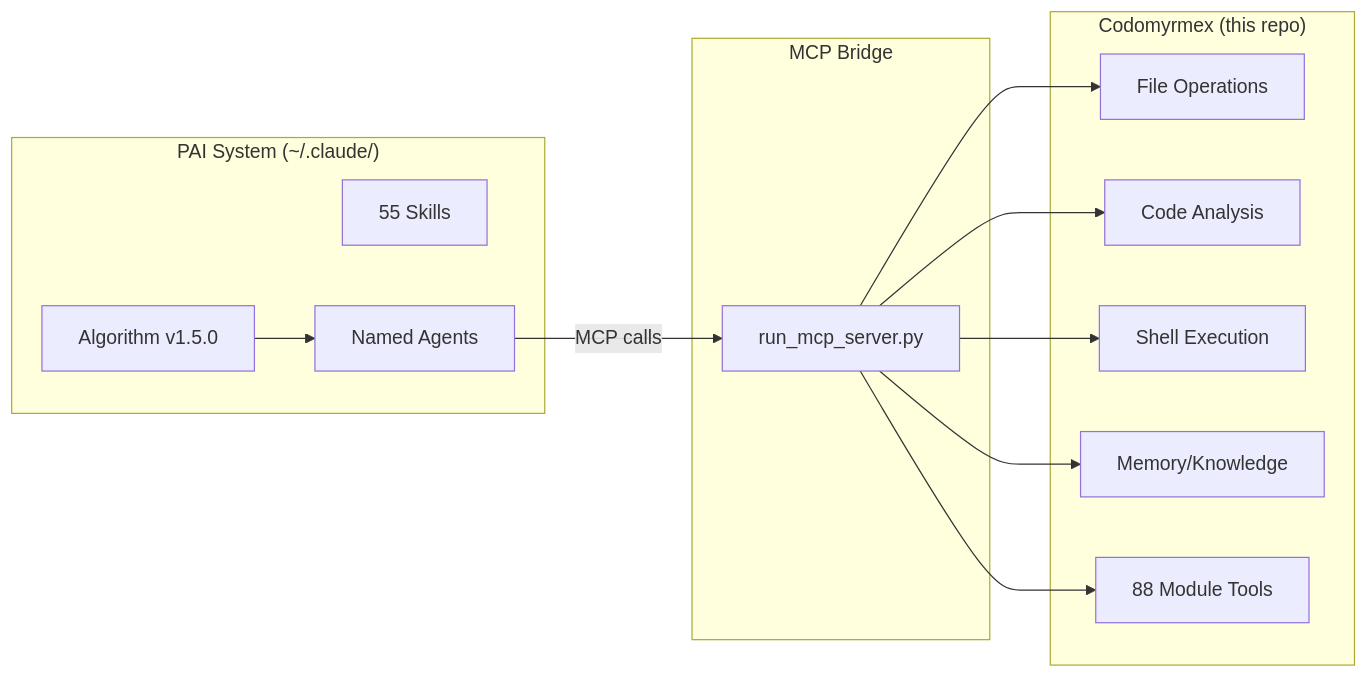
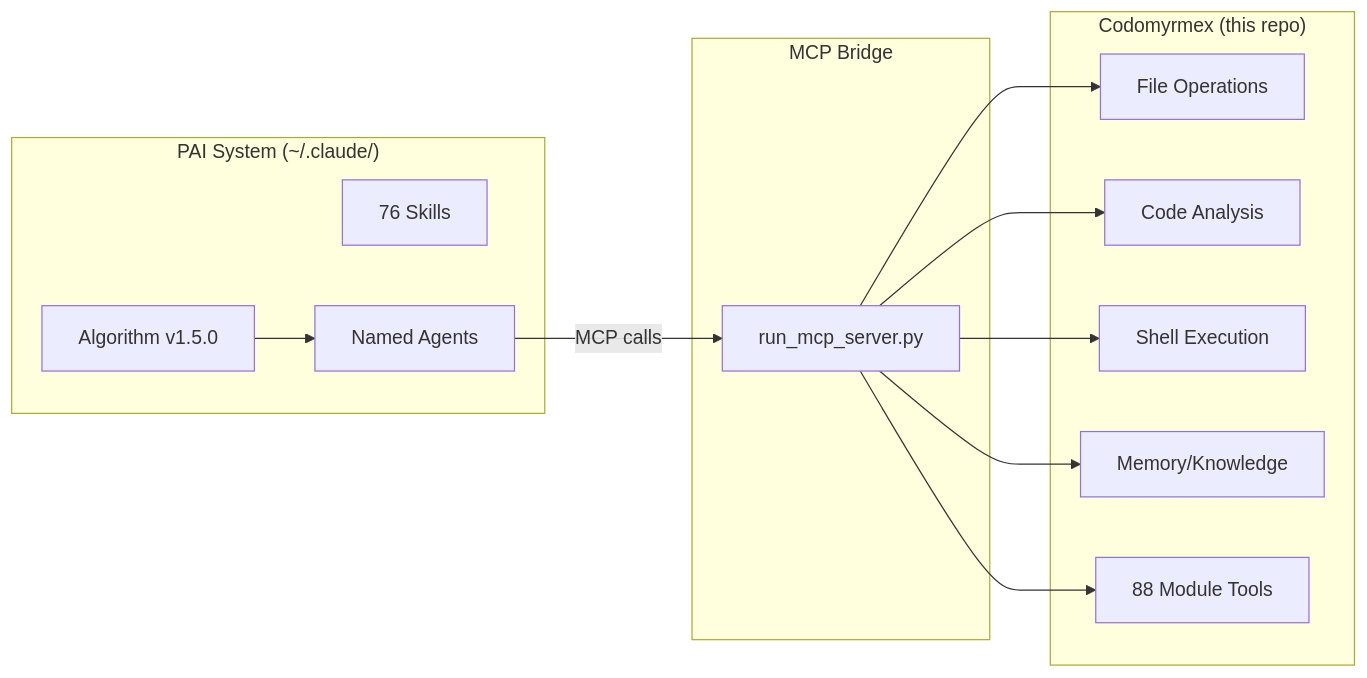
Before and after one commit to docxology/codomyrmex: the diagram in PAI.md, drawn with Mermaid. The commit also changed other lines of this file and 1242 other files, not shown here.

````diff
--- a/PAI.md
+++ b/PAI.md
@@ -35,28 +35,28 @@
 ```mermaid
 graph LR
     subgraph PAI ["PAI System (~/.claude/)"]
         Algo["Algorithm v1.5.0"]
-        Skills["55 Skills"]
+        Skills["76 Skills"]
         Agents["Named Agents"]
     end
 
     subgraph Bridge ["MCP Bridge"]
         Server["run_mcp_server.py"]
     end
 
     subgraph Codomyrmex ["Codomyrmex (this repo)"]
         FileOps["File Operations"]
         CodeAnalysis["Code Analysis"]
         Shell["Shell Execution"]
         Memory["Memory/Knowledge"]
         Modules["88 Module Tools"]
     end
 
     Algo --> Agents
     Agents -->|"MCP calls"| Server
     Server --> FileOps
     Server --> CodeAnalysis
     Server --> Shell
     Server --> Memory
     Server --> Modules
 ```
````
